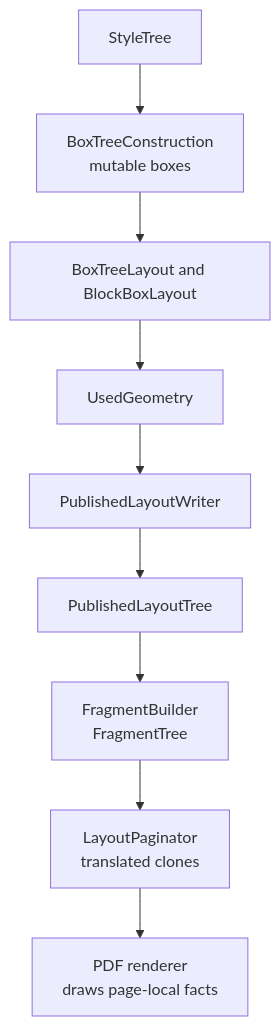
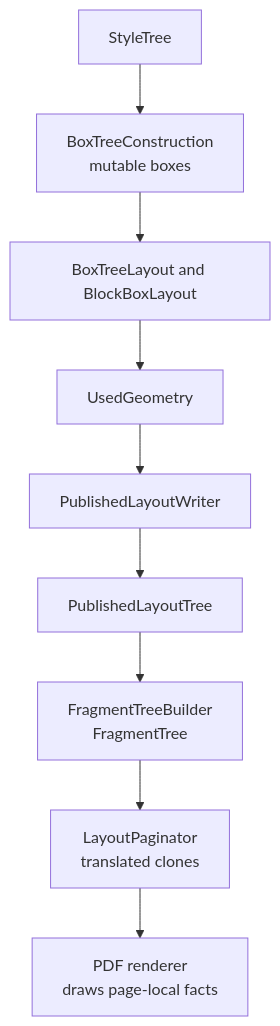
The diagram in docs/internals/geometry.md (georgespok/html2x), drawn with Mermaid before and after one commit. The commit also changed other lines of this file and 363 other files, not shown here.

````diff
--- a/docs/internals/geometry.md
+++ b/docs/internals/geometry.md
@@ -10,11 +10,11 @@
 ```mermaid
 flowchart TD
     StyleTree["StyleTree"] --> Construction["BoxTreeConstruction<br/>mutable boxes"]
     Construction --> Layout["BoxTreeLayout and BlockBoxLayout"]
     Layout --> UsedGeometry["UsedGeometry"]
     UsedGeometry --> Publish["PublishedLayoutWriter"]
     Publish --> PublishedLayoutTree["PublishedLayoutTree"]
-    PublishedLayoutTree --> Fragments["FragmentBuilder<br/>FragmentTree"]
+    PublishedLayoutTree --> Fragments["FragmentTreeBuilder<br/>FragmentTree"]
     Fragments --> Pagination["LayoutPaginator<br/>translated clones"]
     Pagination --> Renderer["PDF renderer<br/>draws page-local facts"]
 ```
````
